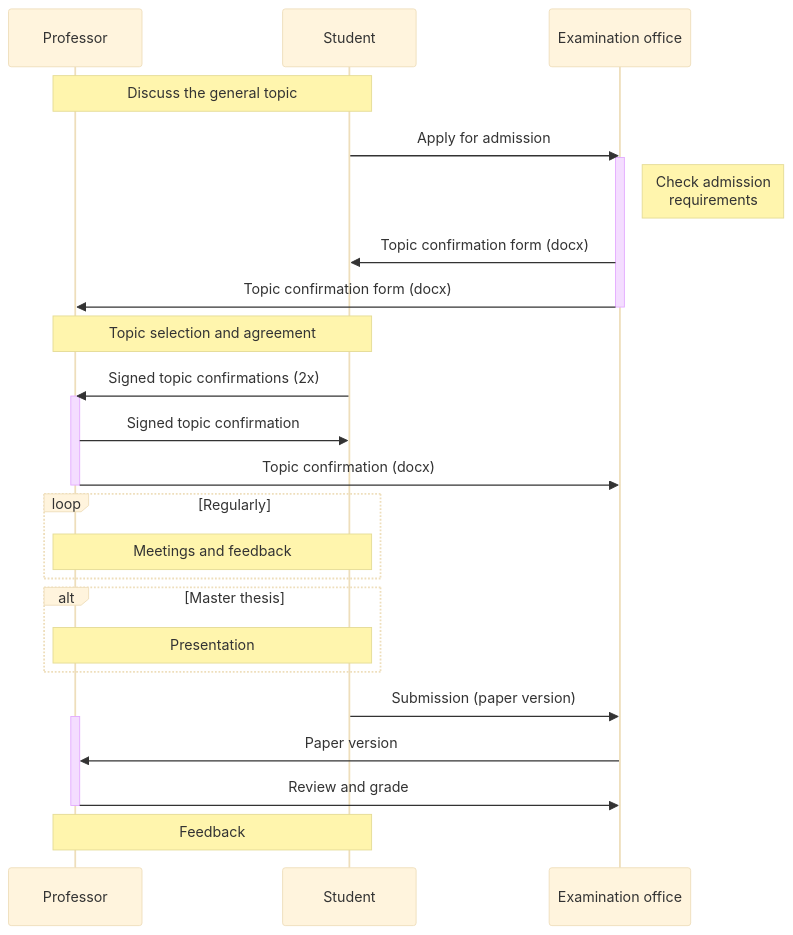
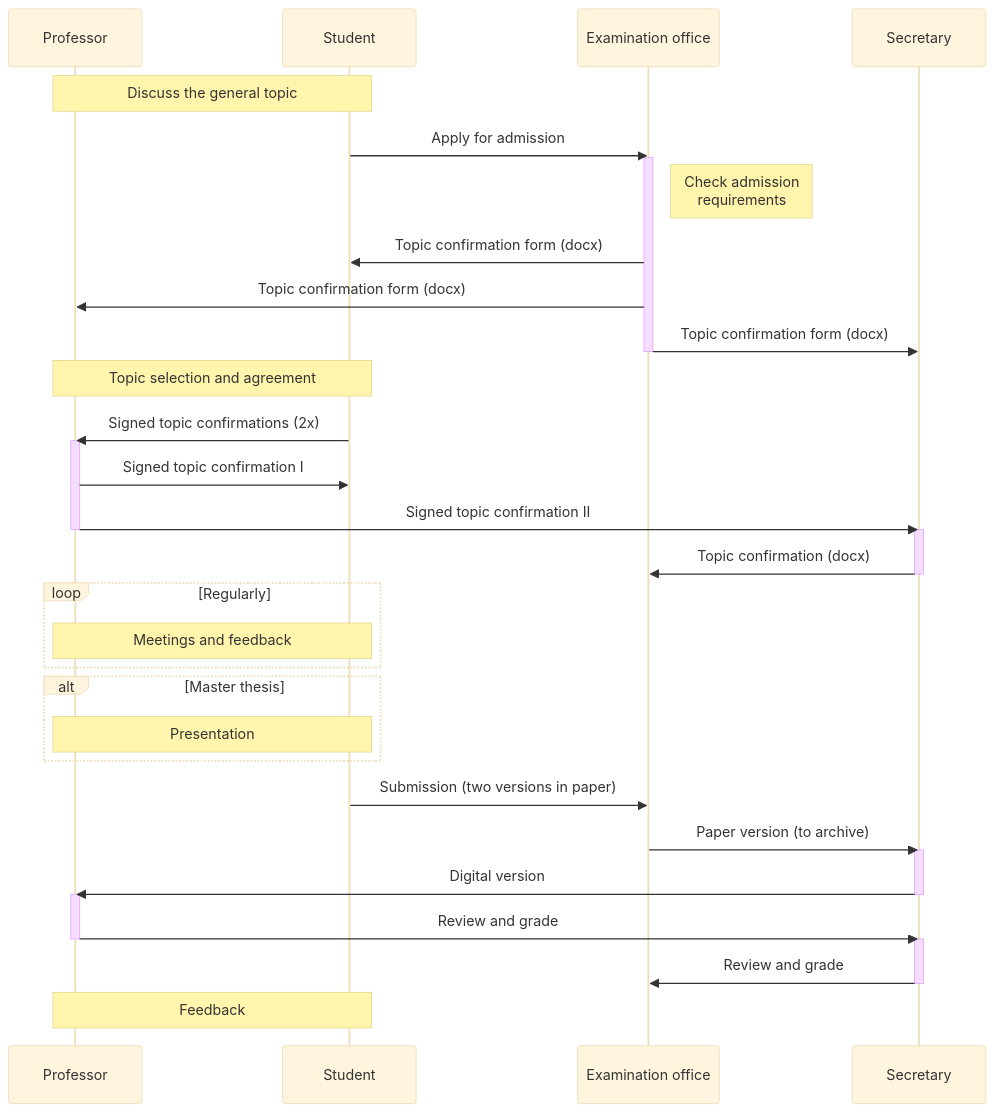
One commit to digital-work-lab/handbook changed the diagram in docs/teaching/30_processes/30.40.theses_process.md. Above: the diagram before and after it, drawn with Mermaid (base theme).

````diff
--- a/docs/teaching/30_processes/30.40.theses_process.md
+++ b/docs/teaching/30_processes/30.40.theses_process.md
@@ -10,28 +10,38 @@
 ```mermaid
 sequenceDiagram
     Note over Professor,Student: Discuss the general topic
     Student->>Examination office: Apply for admission
     activate Examination office
     Note right of Examination office: Check admission<br/>requirements
     Examination office->>Student: Topic confirmation form (docx)
     Examination office->>Professor: Topic confirmation form (docx)
+    Examination office->>Secretary: Topic confirmation form (docx)
     deactivate Examination office
     Note over Professor,Student: Topic selection and agreement
     Student->>Professor: Signed topic confirmations (2x)
     activate Professor
-    Professor->>Student: Signed topic confirmation
-    Professor->>Examination office: Topic confirmation (docx)
+    Professor->>Student: Signed topic confirmation I
+    Professor->>Secretary: Signed topic confirmation II
     deactivate Professor
+    activate Secretary
+    Secretary->>Examination office: Topic confirmation (docx)
+    deactivate Secretary
     loop Regularly
         Note over Professor,Student: Meetings and feedback
     end
     alt Master thesis
         Note over Professor,Student: Presentation
     end
-    Student->>Examination office: Submission (paper version)
+    Student->>Examination office: Submission (two versions in paper)
+    Examination office->>Secretary: Paper version (to archive)
+    activate Secretary
+    Secretary->>Professor: Digital version
+    deactivate Secretary
     activate Professor
-    Examination office->>Professor: Paper version
-    Professor->>Examination office: Review and grade
+    Professor->>Secretary: Review and grade
     deactivate Professor
+    activate Secretary
+    Secretary->>Examination office: Review and grade
+    deactivate Secretary
     Note over Professor,Student: Feedback
 ```
````
